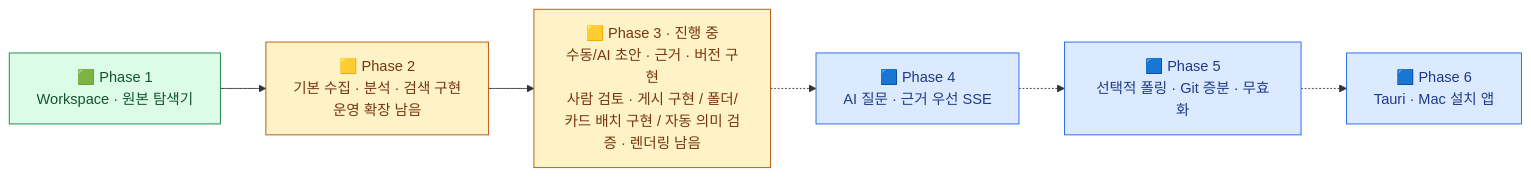
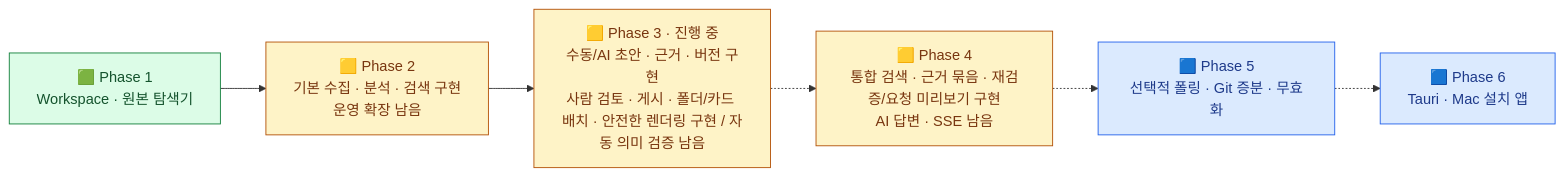
One commit to thisisnew/dougle changed the first of 7 diagrams in docs/design-map.md. Above: the diagram before and after it, drawn with Mermaid. The commit also changed other lines of this file and 22 other files, not shown here.

````diff
--- a/docs/design-map.md
+++ b/docs/design-map.md
@@ -22,20 +23,20 @@
 ```mermaid
 flowchart LR
     P1["🟩 Phase 1<br/>Workspace · 원본 탐색기"]
     P2["🟨 Phase 2<br/>기본 수집 · 분석 · 검색 구현<br/>운영 확장 남음"]
-    P3["🟨 Phase 3 · 진행 중<br/>수동/AI 초안 · 근거 · 버전 구현<br/>사람 검토 · 게시 구현 / 폴더/카드 배치 구현 / 자동 의미 검증 · 렌더링 남음"]
-    P4["🟦 Phase 4<br/>AI 질문 · 근거 우선 SSE"]
+    P3["🟨 Phase 3 · 진행 중<br/>수동/AI 초안 · 근거 · 버전 구현<br/>사람 검토 · 게시 · 폴더/카드 배치 · 안전한 렌더링 구현 / 자동 의미 검증 남음"]
+    P4["🟨 Phase 4<br/>통합 검색 · 근거 묶음 · 재검증/요청 미리보기 구현<br/>AI 답변 · SSE 남음"]
     P5["🟦 Phase 5<br/>선택적 폴링 · Git 증분 · 무효화"]
     P6["🟦 Phase 6<br/>Tauri · Mac 설치 앱"]
     P1 --> P2
     P2 --> P3
     P3 -.-> P4
     P4 -.-> P5
     P5 -.-> P6
     classDef done fill:#dcfce7,stroke:#15803d,color:#14532d
     classDef partial fill:#fef3c7,stroke:#b45309,color:#78350f
     classDef planned fill:#dbeafe,stroke:#2563eb,color:#1e3a8a
     class P1 done
-    class P2,P3 partial
-    class P4,P5,P6 planned
+    class P2,P3,P4 partial
+    class P5,P6 planned
 ```
````
